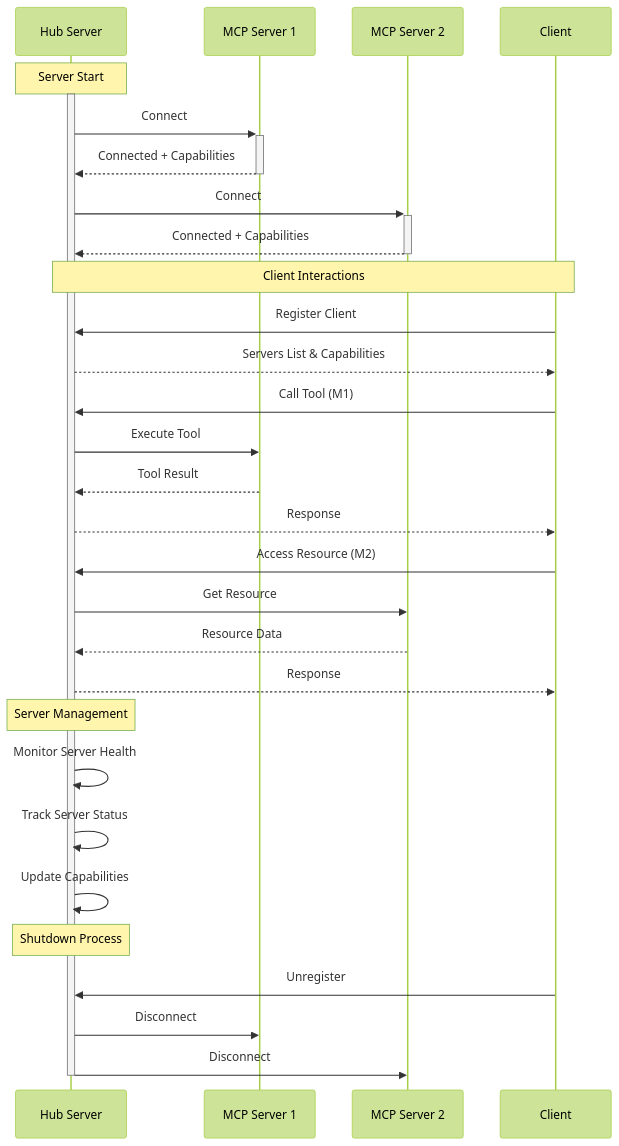
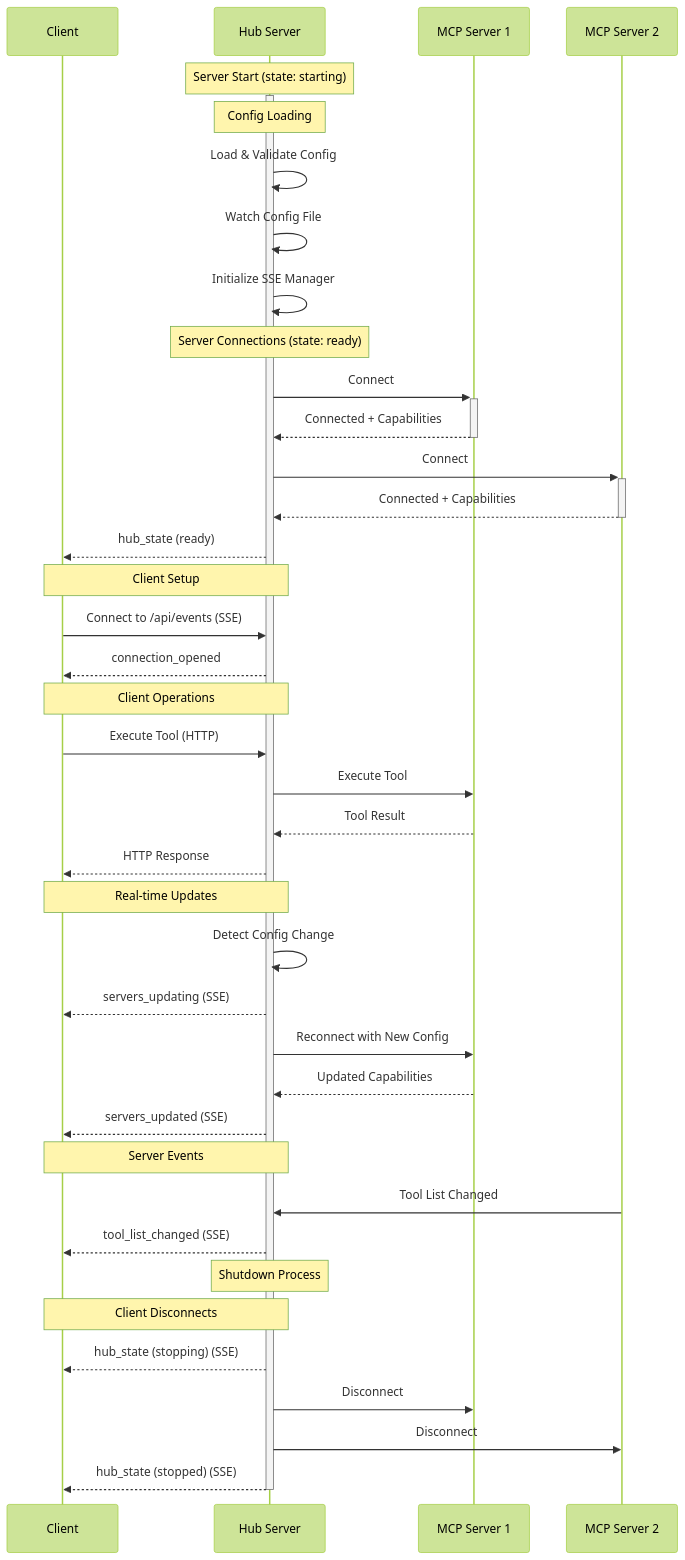
Before and after one commit to ravitemer/mcp-hub: the first of 3 diagrams in README.md, drawn with Mermaid (forest theme). The commit also changed other lines of this file and 1 other file, not shown here.

````diff
--- a/README.md
+++ b/README.md
@@ -668,39 +707,51 @@
 ```mermaid
 sequenceDiagram
+    participant C as Client
     participant H as Hub Server
     participant M1 as MCP Server 1
     participant M2 as MCP Server 2
-    participant C as Client
 
-    Note over H: Server Start
+    Note over H: Server Start (state: starting)
     activate H
+    
+    Note over H: Config Loading
+    H->>H: Load & Validate Config
+    H->>H: Watch Config File
+    H->>H: Initialize SSE Manager
+    
+    Note over H: Server Connections (state: ready)
     H->>+M1: Connect
     M1-->>-H: Connected + Capabilities
     H->>+M2: Connect
     M2-->>-H: Connected + Capabilities
+    H-->>C: hub_state (ready)
 
-    Note over C,H: Client Interactions
-    C->>H: Register Client
-    H-->>C: Servers List & Capabilities
+    Note over C,H: Client Setup
+    C->>H: Connect to /api/events (SSE)
+    H-->>C: connection_opened
     
-    C->>H: Call Tool (M1)
+    Note over C,H: Client Operations
+    C->>H: Execute Tool (HTTP)
     H->>M1: Execute Tool
     M1-->>H: Tool Result
-    H-->>C: Response
+    H-->>C: HTTP Response
+    
+    Note over H,C: Real-time Updates
+    H->>H: Detect Config Change
+    H-->>C: servers_updating (SSE)
+    H->>M1: Reconnect with New Config
+    M1-->>H: Updated Capabilities
+    H-->>C: servers_updated (SSE)
 
-    C->>H: Access Resource (M2)
-    H->>M2: Get Resource
-    M2-->>H: Resource Data
-    H-->>C: Response
-
-    Note over H: Server Management
-    H->>H: Monitor Server Health
-    H->>H: Track Server Status
-    H->>H: Update Capabilities
-
+    Note over H,C: Server Events
+    M2->>H: Tool List Changed
+    H-->>C: tool_list_changed (SSE)
+    
     Note over H: Shutdown Process
-    C->>H: Unregister
+    Note over C,H: Client Disconnects
+    H-->>C: hub_state (stopping) (SSE)
     H->>M1: Disconnect
     H->>M2: Disconnect
+    H-->>C: hub_state (stopped) (SSE)
     deactivate H
 ```
````
